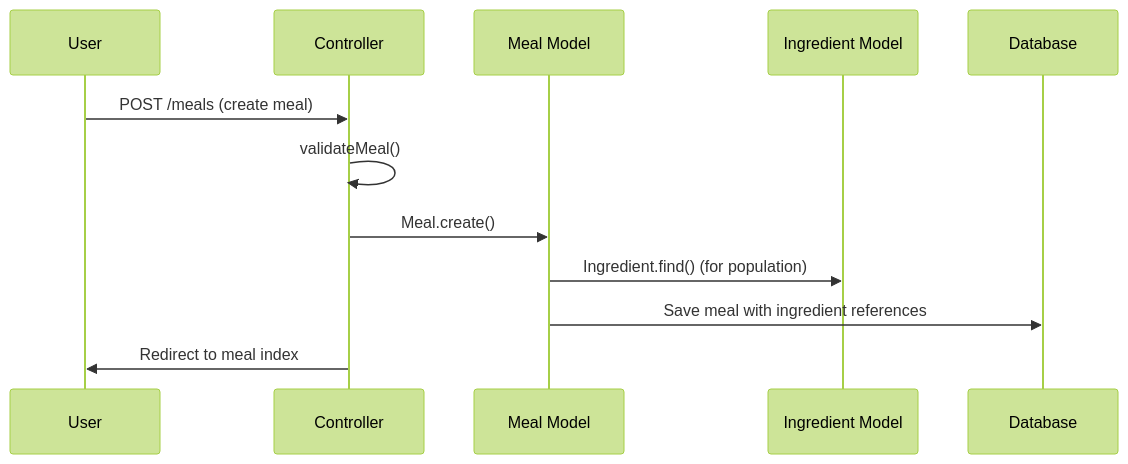
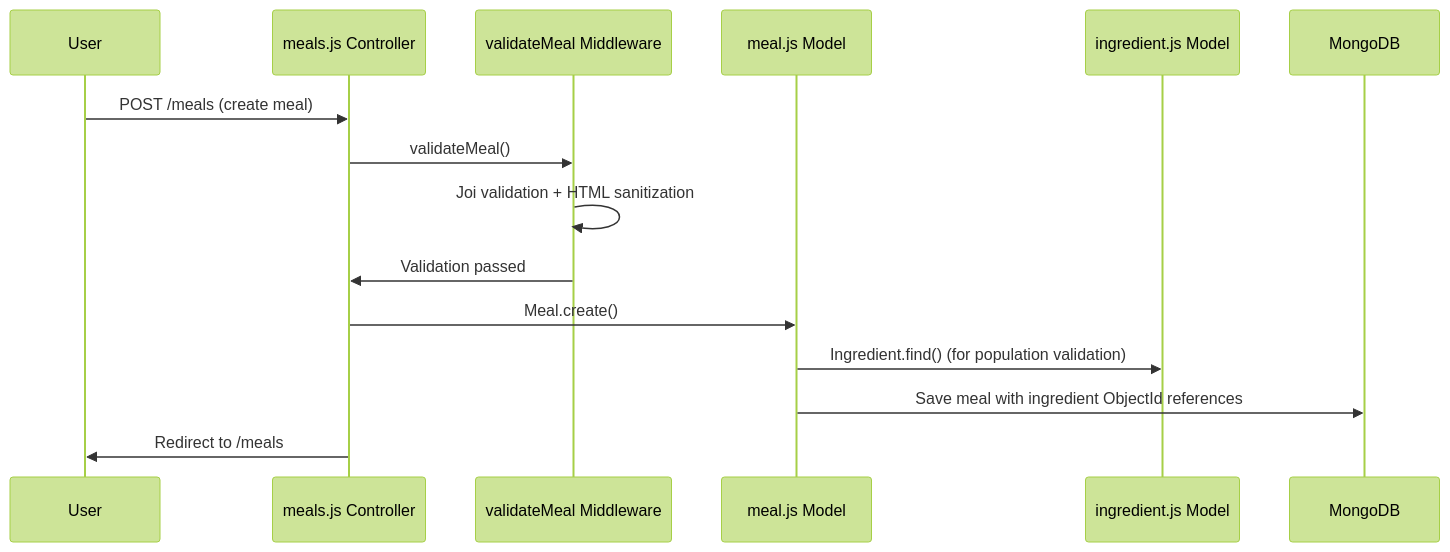
One commit to hutchybop/app-slapp changed the seventh of 8 diagrams in docs/ARCHITECTURE_REFERENCE.md. Above: the diagram before and after it, drawn with Mermaid (forest theme). The commit also changed other lines of this file and 11 other files, not shown here.

````diff
--- a/docs/ARCHITECTURE_REFERENCE.md
+++ b/docs/ARCHITECTURE_REFERENCE.md
@@ -379,15 +683,18 @@
 ```mermaid
 sequenceDiagram
     participant U as User
-    participant C as Controller
-    participant M as Meal Model
-    participant I as Ingredient Model
-    participant D as Database
+    participant C as meals.js Controller
+    participant V as validateMeal Middleware
+    participant M as meal.js Model
+    participant I as ingredient.js Model
+    participant D as MongoDB
 
     U->>C: POST /meals (create meal)
-    C->>C: validateMeal()
+    C->>V: validateMeal()
+    V->>V: Joi validation + HTML sanitization
+    V->>C: Validation passed
     C->>M: Meal.create()
-    M->>I: Ingredient.find() (for population)
-    M->>D: Save meal with ingredient references
-    C->>U: Redirect to meal index
+    M->>I: Ingredient.find() (for population validation)
+    M->>D: Save meal with ingredient ObjectId references
+    C->>U: Redirect to /meals
 ```
````
